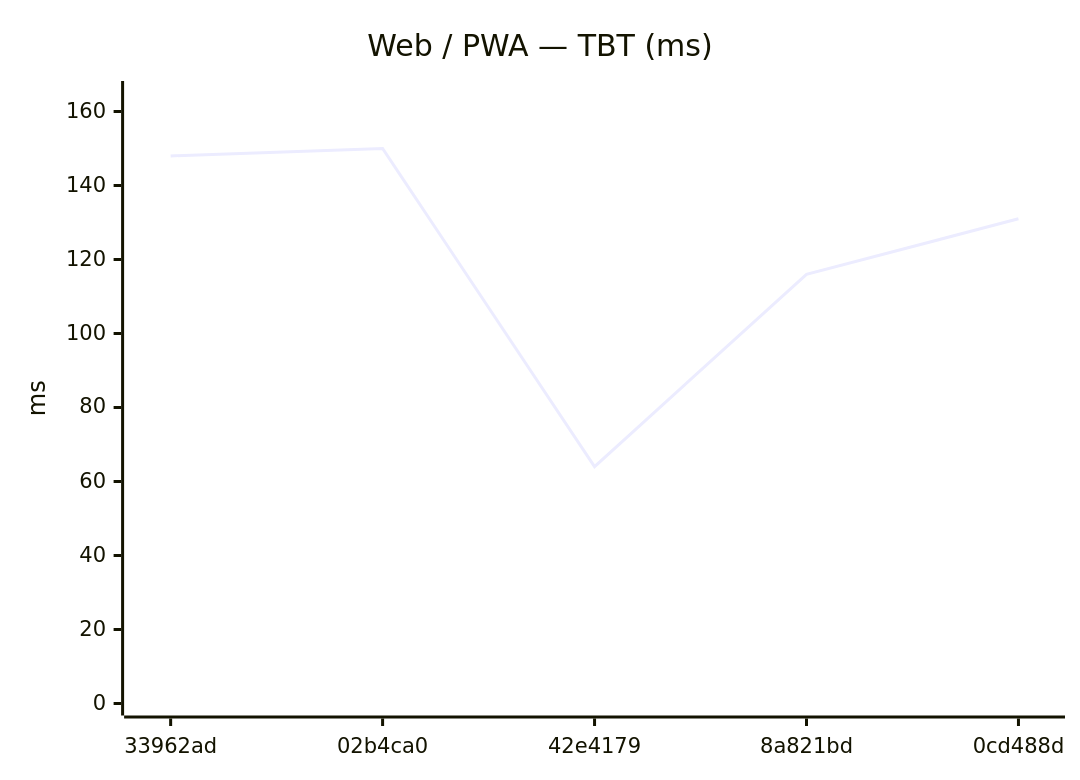
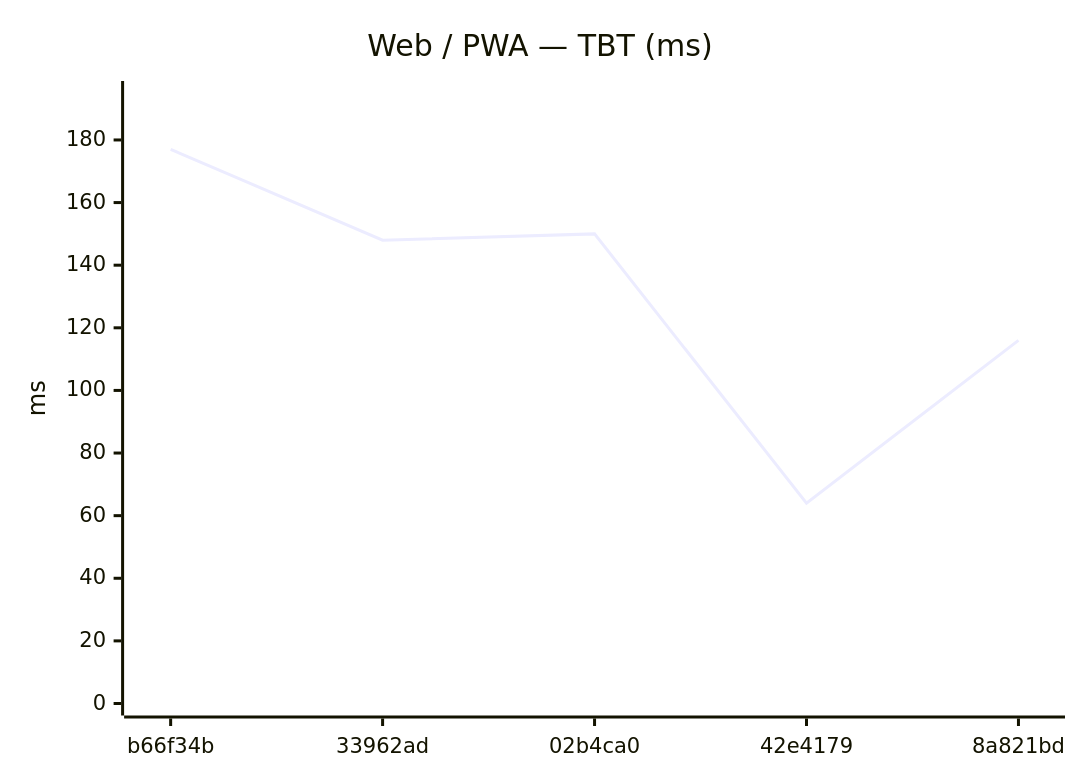
One commit to Metaheurist/Rianell changed the eighth of 18 diagrams in benchmarks/compare.md. Above: the diagram before and after it, drawn with Mermaid. The commit also changed other lines of this file and 11 other files, not shown here.

````diff
--- a/benchmarks/compare.md
+++ b/benchmarks/compare.md
@@ -124,7 +124,7 @@
 ```mermaid
 xychart-beta
     title "Web / PWA — TBT (ms)"
-    x-axis ["33962ad", "02b4ca0", "42e4179", "8a821bd", "0cd488d"]
-    y-axis "ms" 0 --> 165
-    line [148, 150, 64, 116, 131]
+    x-axis ["b66f34b", "33962ad", "02b4ca0", "42e4179", "8a821bd"]
+    y-axis "ms" 0 --> 195
+    line [177, 148, 150, 64, 116]
 ```
````
